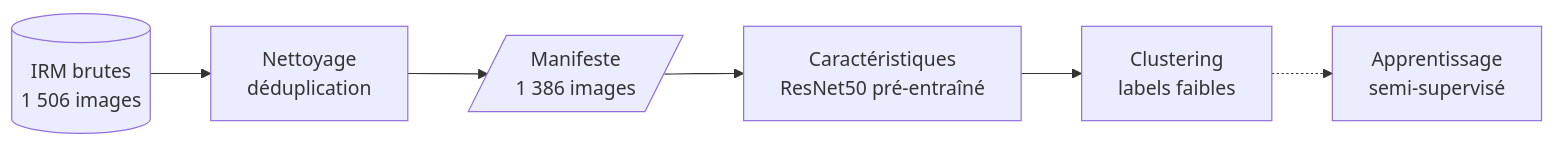
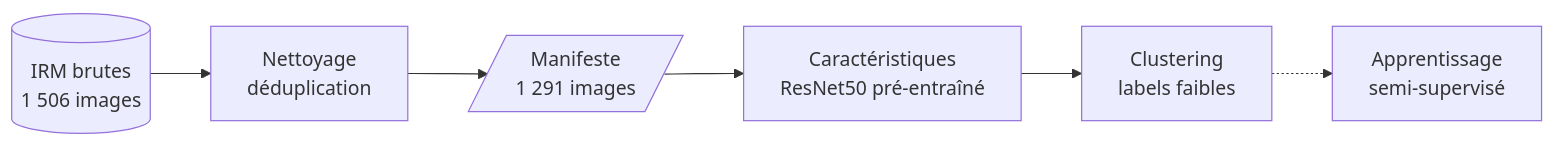
The diagram in README.md (lefevrk/OC-Appliquez-des-approches-semi-supervisees), drawn with Mermaid before and after one commit. The commit also changed other lines of this file and 18 other files, not shown here.

````diff
--- a/README.md
+++ b/README.md
@@ -55,8 +55,8 @@
 ```mermaid
 flowchart LR
     RAW[(IRM brutes<br/>1 506 images)] --> PREP[Nettoyage<br/>déduplication]
-    PREP --> MAN[/Manifeste<br/>1 386 images/]
+    PREP --> MAN[/Manifeste<br/>1 291 images/]
     MAN --> FEAT[Caractéristiques<br/>ResNet50 pré-entraîné]
     FEAT --> CLUS[Clustering<br/>labels faibles]
     CLUS -.-> SEMI[Apprentissage<br/>semi-supervisé]
 ```
````
